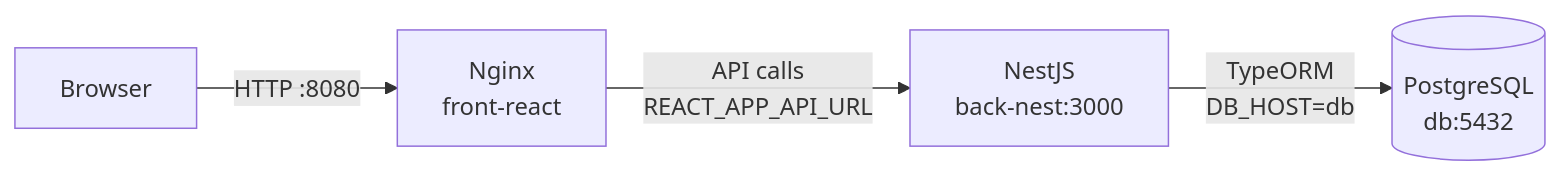
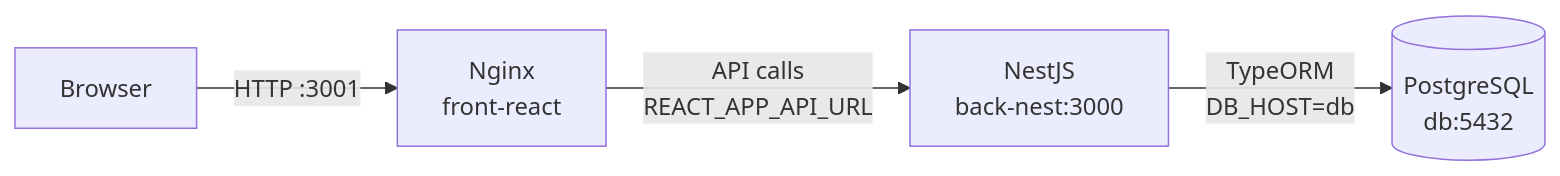
One commit to Cronos186/NotiPoliWeb changed the diagram in README.md. Above: the diagram before and after it, drawn with Mermaid. The commit also changed other lines of this file and 6 other files, not shown here.

````diff
--- a/README.md
+++ b/README.md
@@ -247,6 +247,6 @@
 ```mermaid
 flowchart LR
-    A[Browser] -->|HTTP :8080| B[Nginx\nfront-react]
+    A[Browser] -->|HTTP :3001| B[Nginx\nfront-react]
     B -->|API calls\nREACT_APP_API_URL| C[NestJS\nback-nest:3000]
     C -->|TypeORM\nDB_HOST=db| D[(PostgreSQL\ndb:5432)]
 ```
````
